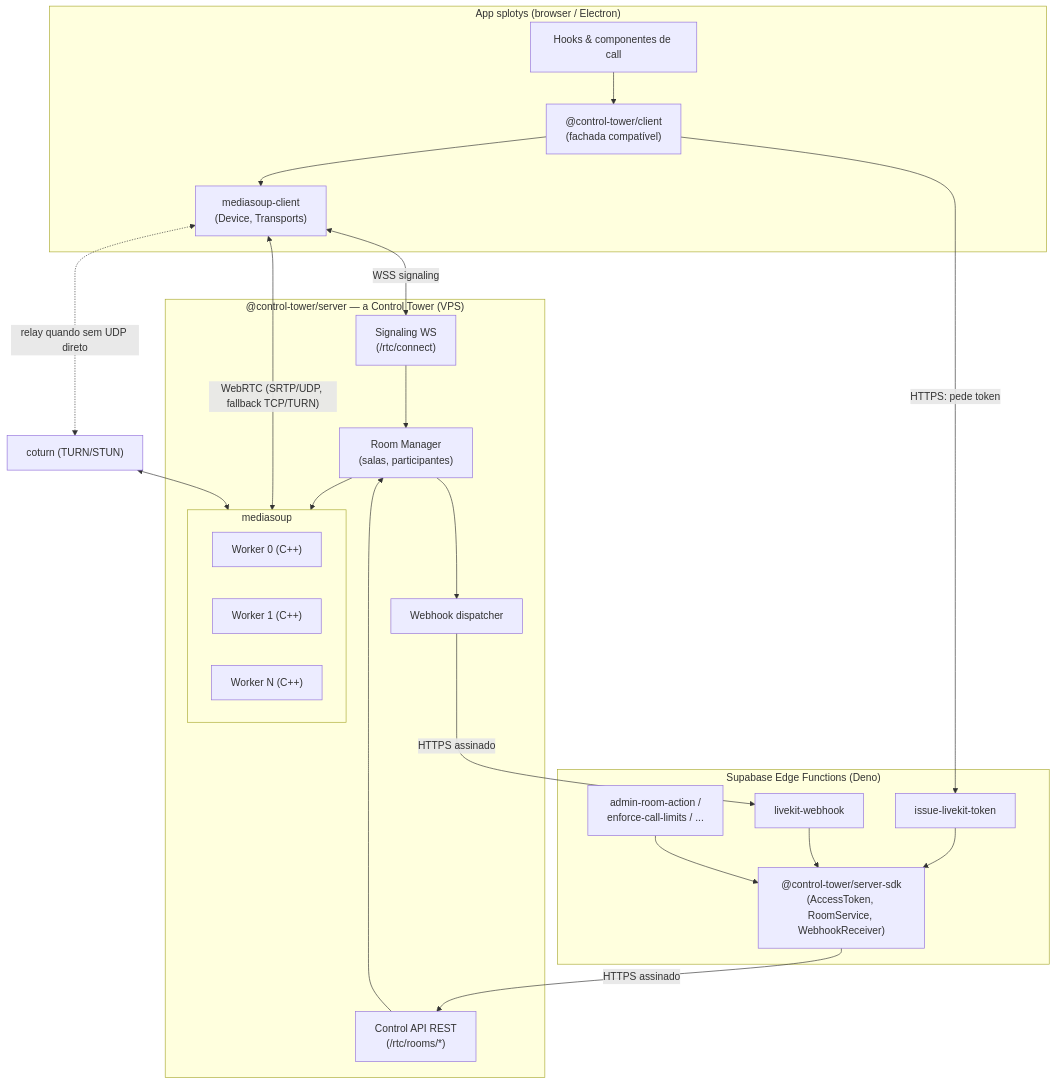
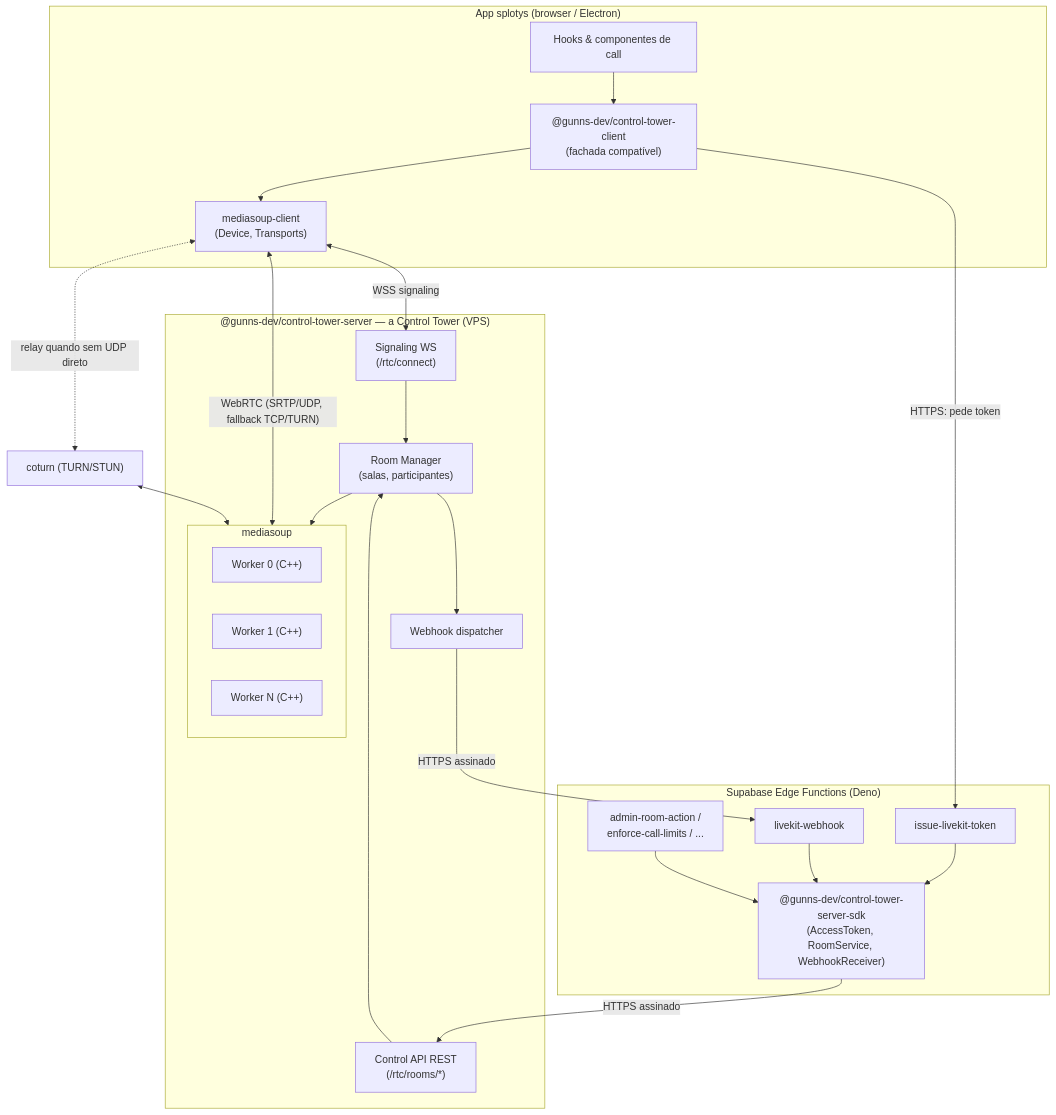
The first of 3 diagrams in plans/rtc/02-architecture.md (luisguns/discortower), drawn with Mermaid before and after one commit. The commit also changed other lines of this file and 15 other files, not shown here.

````diff
--- a/plans/rtc/02-architecture.md
+++ b/plans/rtc/02-architecture.md
@@ -5,44 +5,44 @@
 ```mermaid
 flowchart TB
   subgraph Client["App splotys (browser / Electron)"]
     UI["Hooks & componentes de call"]
-    SDK["@control-tower/client<br/>(fachada compatível)"]
+    SDK["@gunns-dev/control-tower-client<br/>(fachada compatível)"]
     MSC["mediasoup-client<br/>(Device, Transports)"]
     UI --> SDK --> MSC
   end
 
   subgraph Edge["Supabase Edge Functions (Deno)"]
     TOKEN["issue-livekit-token"]
     WH["livekit-webhook"]
     ADMIN["admin-room-action /<br/>enforce-call-limits / ..."]
-    SSDK["@control-tower/server-sdk<br/>(AccessToken, RoomService, WebhookReceiver)"]
+    SSDK["@gunns-dev/control-tower-server-sdk<br/>(AccessToken, RoomService, WebhookReceiver)"]
     TOKEN --> SSDK
     WH --> SSDK
     ADMIN --> SSDK
   end
 
-  subgraph ControlTower["@control-tower/server — a Control Tower (VPS)"]
+  subgraph ControlTower["@gunns-dev/control-tower-server — a Control Tower (VPS)"]
     SIG["Signaling WS<br/>(/rtc/connect)"]
     ROOMS["Room Manager<br/>(salas, participantes)"]
     API["Control API REST<br/>(/rtc/rooms/*)"]
     WHOUT["Webhook dispatcher"]
     subgraph MS["mediasoup"]
       W1["Worker 0 (C++)"]
       W2["Worker 1 (C++)"]
       Wn["Worker N (C++)"]
     end
     SIG --> ROOMS --> MS
     API --> ROOMS
     ROOMS --> WHOUT
   end
 
   TURN["coturn (TURN/STUN)"]
 
   MSC <-->|"WSS signaling"| SIG
   MSC <-->|"WebRTC (SRTP/UDP, fallback TCP/TURN)"| MS
   MSC <-.->|"relay quando sem UDP direto"| TURN
   TURN <--> MS
   SDK -->|"HTTPS: pede token"| TOKEN
   WHOUT -->|"HTTPS assinado"| WH
   SSDK -->|"HTTPS assinado"| API
 ```
````
